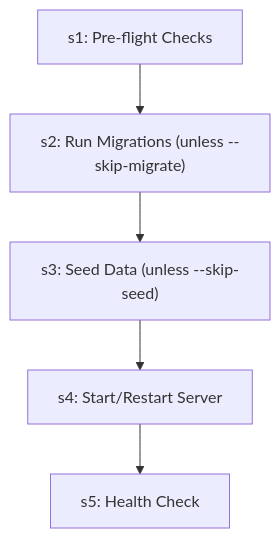
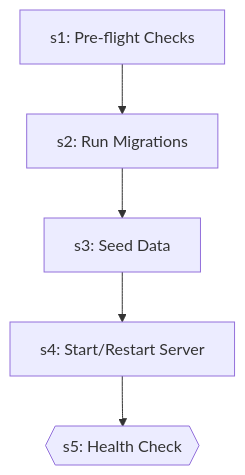
Before and after one commit to abhayla/claude-best-practices: diagram 16 of 29 in docs/workflows/_needs-manual-review.md, drawn with Mermaid. The commit also changed other lines of this file and 12 other files, not shown here.

````diff
--- a/docs/workflows/_needs-manual-review.md
+++ b/docs/workflows/_needs-manual-review.md
@@ -794,12 +937,12 @@
 ```mermaid
 graph TD
     s1["s1: Pre-flight Checks"]
-    s2["s2: Run Migrations (unless --skip-migrate)"]
+    s2["s2: Run Migrations"]
     s1 --> s2
-    s3["s3: Seed Data (unless --skip-seed)"]
+    s3["s3: Seed Data"]
     s2 --> s3
     s4["s4: Start/Restart Server"]
     s3 --> s4
-    s5["s5: Health Check"]
+    s5{{s5: Health Check}}
     s4 --> s5
 ```
````
